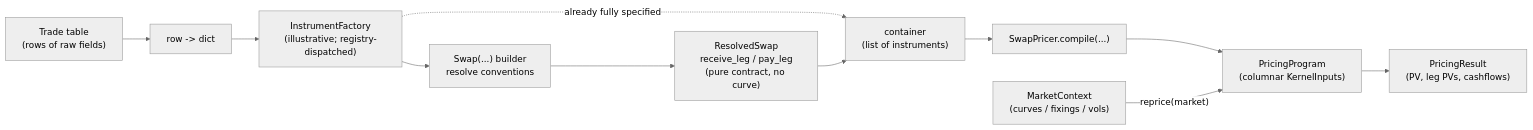
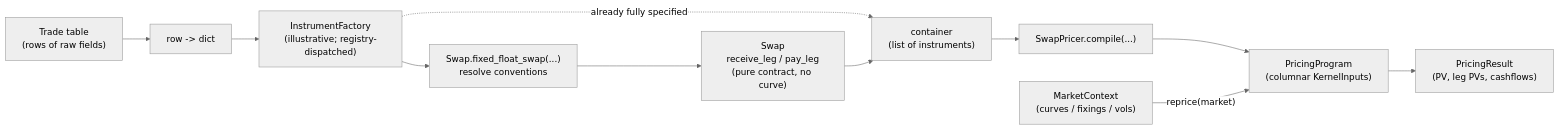
The first of 4 diagrams in docs/pricing_architecture.md (rudetastic13/quant-toolkit), drawn with Mermaid (neutral theme) before and after one commit. The commit also changed other lines of this file and 26 other files, not shown here.

First line of the commit message:
rework conventions into index/leg/product model and builder classmethods

````diff
--- a/docs/pricing_architecture.md
+++ b/docs/pricing_architecture.md
@@ -50,19 +50,19 @@
 ```mermaid
 flowchart LR
     T["Trade table<br/>(rows of raw fields)"]
     ROW["row -> dict"]
     FACT["InstrumentFactory<br/>(illustrative; registry-dispatched)"]
-    SWAP["Swap(...) builder<br/>resolve conventions"]
-    RS["ResolvedSwap<br/>receive_leg / pay_leg<br/>(pure contract, no curve)"]
+    SWAP["Swap.fixed_float_swap(...)<br/>resolve conventions"]
+    RS["Swap<br/>receive_leg / pay_leg<br/>(pure contract, no curve)"]
     BOX["container<br/>(list of instruments)"]
     COMP["SwapPricer.compile(...)"]
     PP["PricingProgram<br/>(columnar KernelInputs)"]
     MKT["MarketContext<br/>(curves / fixings / vols)"]
     RES["PricingResult<br/>(PV, leg PVs, cashflows)"]
 
     T --> ROW --> FACT --> SWAP --> RS
     FACT -. "already fully specified" .-> BOX
     RS --> BOX --> COMP --> PP
     MKT -- "reprice(market)" --> PP
     PP --> RES
 ```
````
